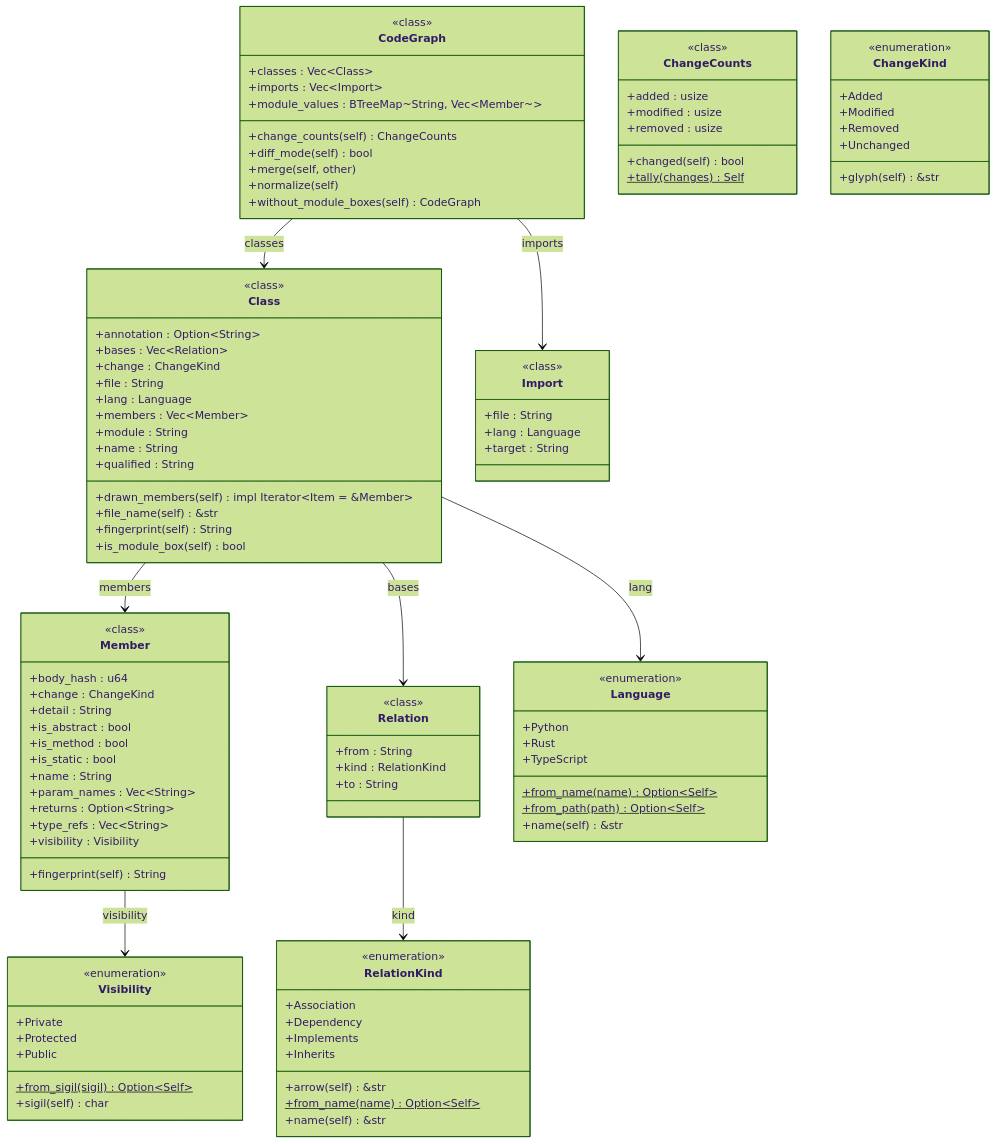
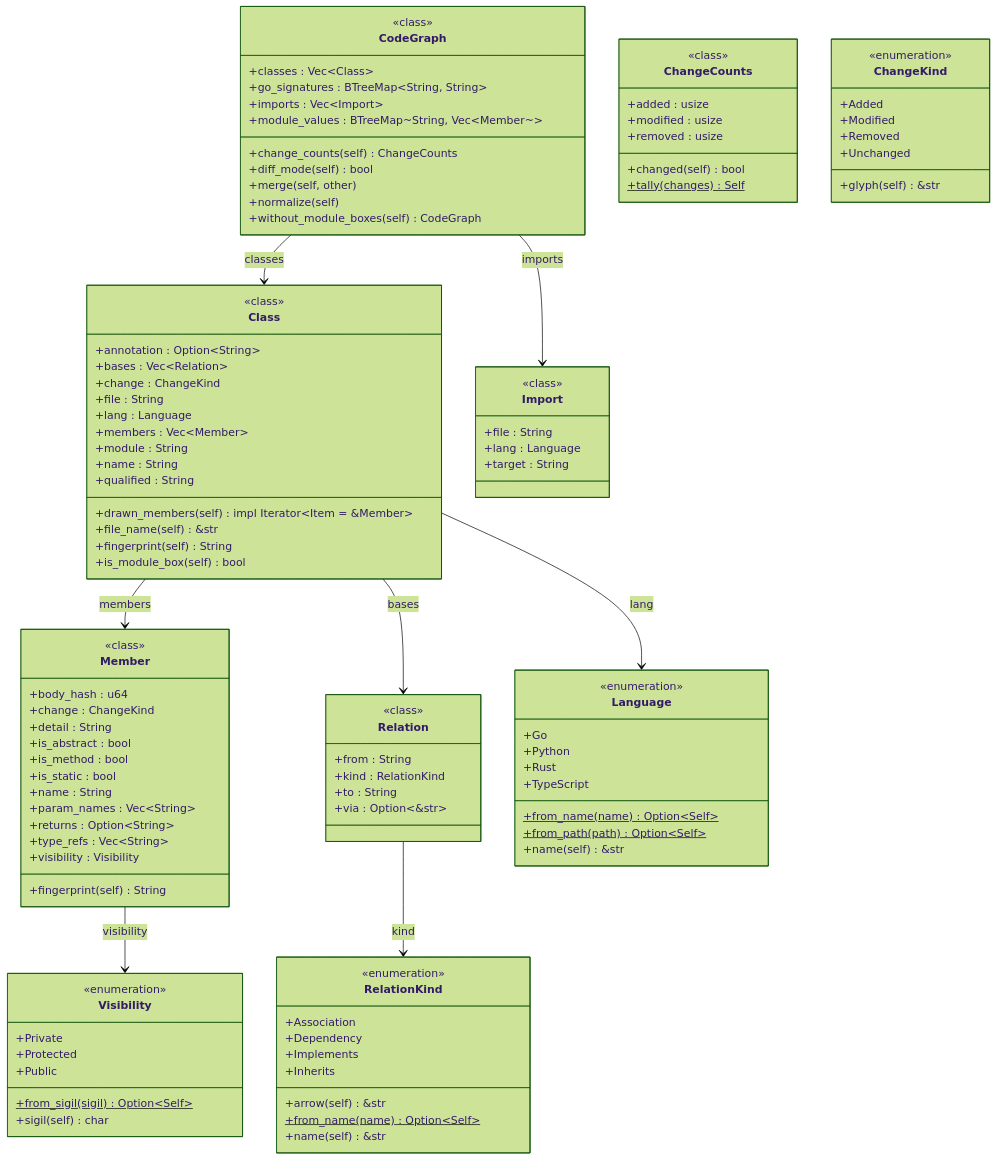
One commit to stiproot/vizzle changed the diagram in docs/diagrams/core-model.md. Above: the diagram before and after it, drawn with Mermaid (forest theme). The commit also changed 29 other files, not shown here.

```diff
--- a/docs/diagrams/core-model.md
+++ b/docs/diagrams/core-model.md
@@ -46,6 +46,7 @@
     +change_counts(self) ChangeCounts
     +classes : Vec~Class~
     +diff_mode(self) bool
+    +go_signatures : BTreeMap~String, String~
     +imports : Vec~Import~
     +merge(self, other)
     +module_values : BTreeMap~String, Vec~Member~~
@@ -91,6 +92,7 @@
     +from : String
     +kind : RelationKind
     +to : String
+    +via : Option~&str~
   }
 
   class Import {
@@ -111,6 +113,7 @@
 
   class Language {
     <<enumeration>>
+    +Go
     +Python
     +Rust
     +TypeScript
```
